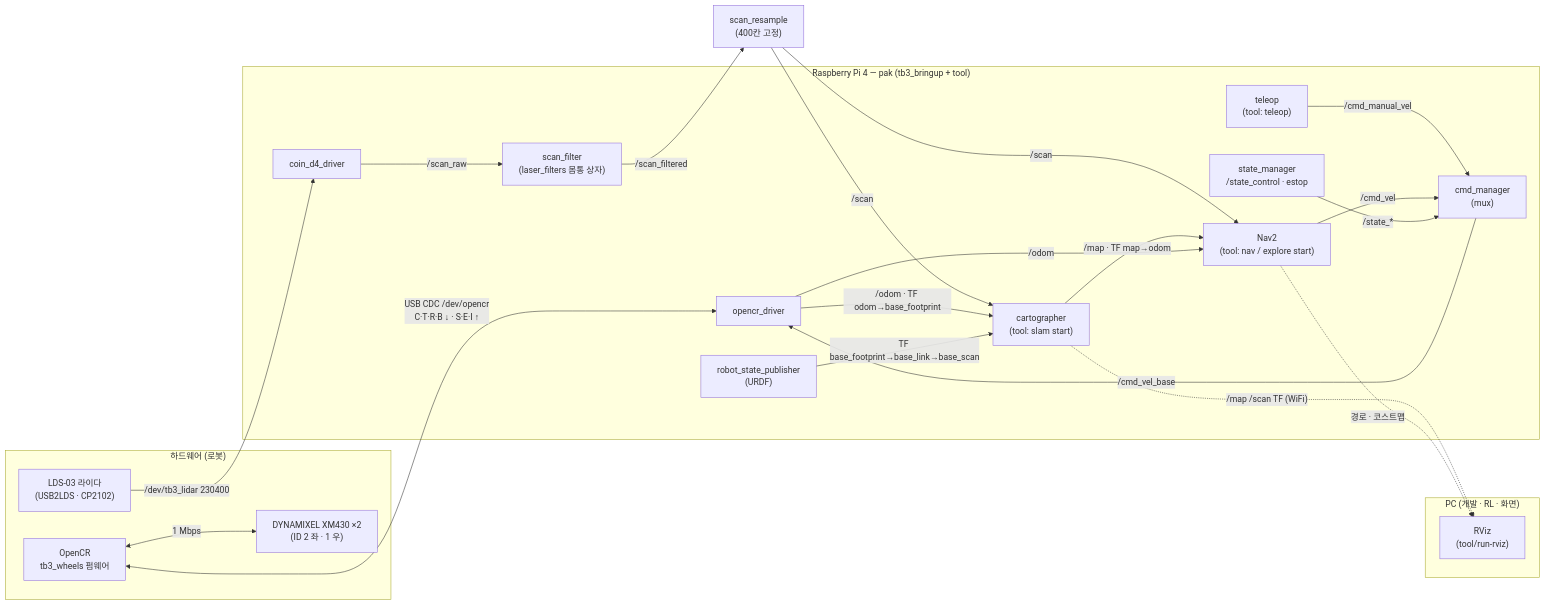
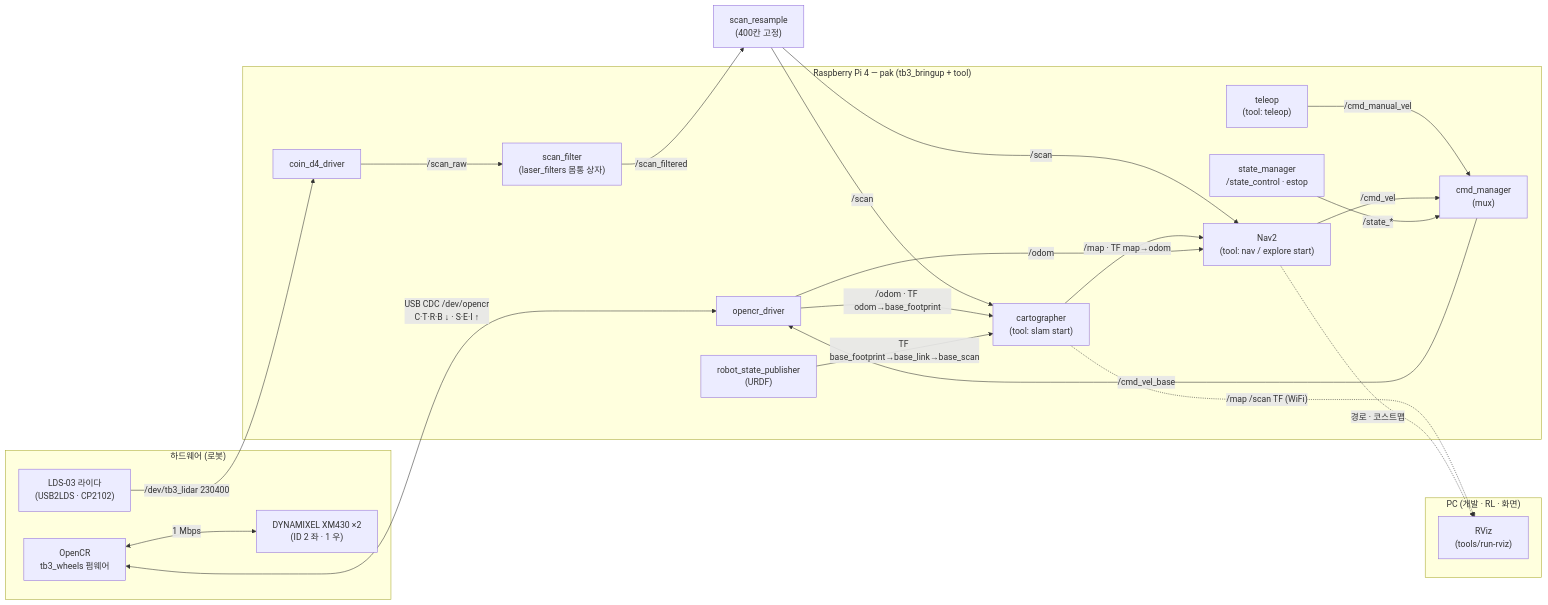
The first of 3 diagrams in ros2_ws/ARCH.md (visualkhh/ros2), drawn with Mermaid before and after one commit. The commit also changed other lines of this file and 159 other files, not shown here.

Commit message:
tools: Lv2 tools/cli OOP 구조로 정리 — tool→tools · bars/views/menus · operator_tool · cli-test 제거

````diff
--- a/ros2_ws/ARCH.md
+++ b/ros2_ws/ARCH.md
@@ -11,42 +11,42 @@
 ```mermaid
 flowchart LR
   subgraph HW["하드웨어 (로봇)"]
     OPENCR["OpenCR<br/>tb3_wheels 펌웨어"]
     DXL["DYNAMIXEL XM430 ×2<br/>(ID 2 좌 · 1 우)"]
     LDS["LDS-03 라이다<br/>(USB2LDS · CP2102)"]
     OPENCR <-->|"1 Mbps"| DXL
   end
 
   subgraph PI["Raspberry Pi 4 — pak (tb3_bringup + tool)"]
     SM["state_manager<br/>/state_control · estop"]
     CM["cmd_manager<br/>(mux)"]
     DRV["opencr_driver"]
     RSP["robot_state_publisher<br/>(URDF)"]
     LIDAR["coin_d4_driver"]
     FILT["scan_filter<br/>(laser_filters 몸통 상자)"]
     SLAM["cartographer<br/>(tool: slam start)"]
     NAV_PLAN["Nav2<br/>(tool: nav / explore start)"]
     TELE["teleop<br/>(tool: teleop)"]
   end
 
   subgraph PC["PC (개발 · RL · 화면)"]
-    RVIZ["RViz<br/>(tool/run-rviz)"]
+    RVIZ["RViz<br/>(tools/run-rviz)"]
   end
 
   TELE -->|"/cmd_manual_vel"| CM
   NAV_PLAN -->|"/cmd_vel"| CM
   SM -->|"/state_*"| CM
   CM -->|"/cmd_vel_base"| DRV
   OPENCR <-->|"USB CDC /dev/opencr<br/>C·T·R·B ↓ · S·E·I ↑"| DRV
   LDS -->|"/dev/tb3_lidar 230400"| LIDAR
   LIDAR -->|"/scan_raw"| FILT
   FILT -->|"/scan_filtered"| RES["scan_resample<br/>(400칸 고정)"]
   RES -->|"/scan"| SLAM
   RES -->|"/scan"| NAV_PLAN
   SLAM -->|"/map · TF map→odom"| NAV_PLAN
   DRV -->|"/odom · TF odom→base_footprint"| SLAM
   DRV -->|"/odom"| NAV_PLAN
   RSP -->|"TF base_footprint→base_link→base_scan"| SLAM
   SLAM -.->|"/map /scan TF (WiFi)"| RVIZ
   NAV_PLAN -.->|"경로 · 코스트맵"| RVIZ
 ```
````
